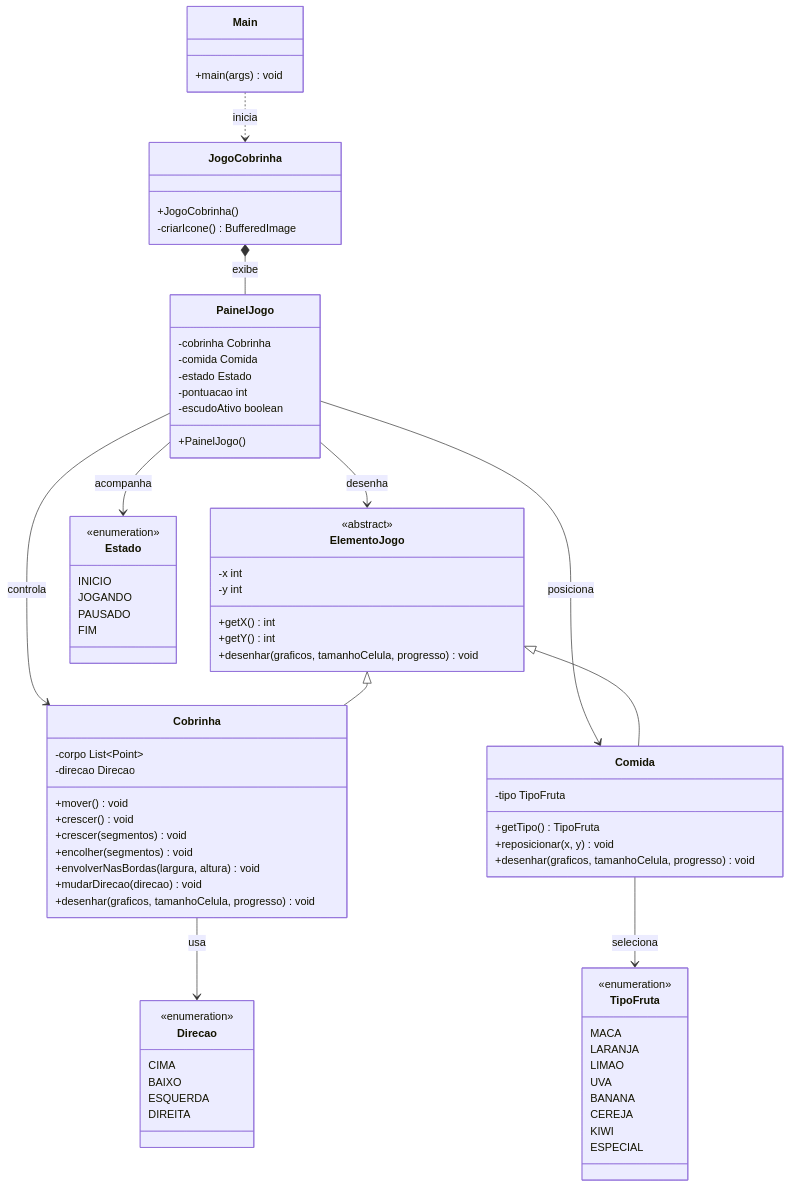
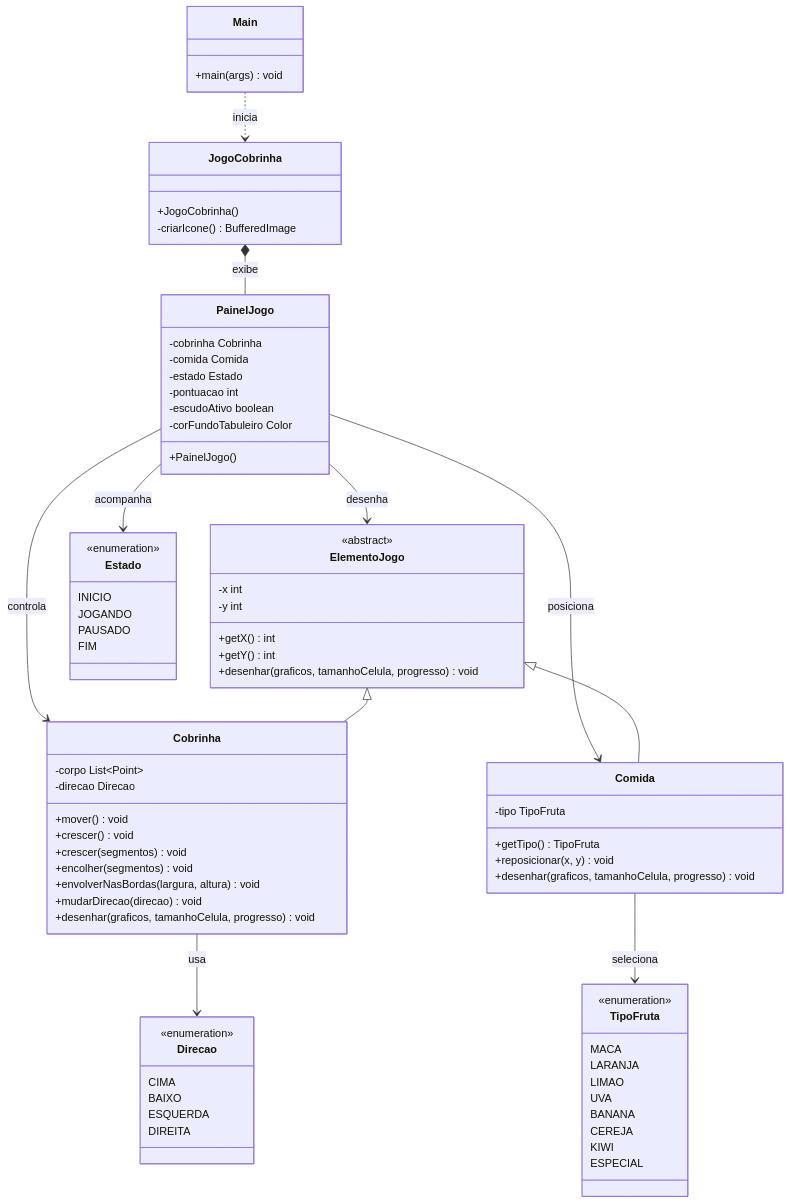
The diagram in README.md (ViniciuspSouza23/POO-JOGO-FINAL-BACKEND), drawn with Mermaid before and after one commit. The commit also changed other lines of this file and 2 other files, not shown here.

````diff
--- a/README.md
+++ b/README.md
@@ -75,79 +76,80 @@
 ```mermaid
 classDiagram
     class Main {
         +main(args) void
     }
     class JogoCobrinha {
         +JogoCobrinha()
         -criarIcone() BufferedImage
     }
     class PainelJogo {
         -cobrinha Cobrinha
         -comida Comida
         -estado Estado
         -pontuacao int
         -escudoAtivo boolean
+        -corFundoTabuleiro Color
         +PainelJogo()
     }
     class ElementoJogo {
         <<abstract>>
         -x int
         -y int
         +getX() int
         +getY() int
         +desenhar(graficos, tamanhoCelula, progresso) void
     }
     class Cobrinha {
         -corpo List~Point~
         -direcao Direcao
         +mover() void
         +crescer() void
         +crescer(segmentos) void
         +encolher(segmentos) void
         +envolverNasBordas(largura, altura) void
         +mudarDirecao(direcao) void
         +desenhar(graficos, tamanhoCelula, progresso) void
     }
     class Comida {
         -tipo TipoFruta
         +getTipo() TipoFruta
         +reposicionar(x, y) void
         +desenhar(graficos, tamanhoCelula, progresso) void
     }
     class TipoFruta {
         <<enumeration>>
         MACA
         LARANJA
         LIMAO
         UVA
         BANANA
         CEREJA
         KIWI
         ESPECIAL
     }
     class Direcao {
         <<enumeration>>
         CIMA
         BAIXO
         ESQUERDA
         DIREITA
     }
     class Estado {
         <<enumeration>>
         INICIO
         JOGANDO
         PAUSADO
         FIM
     }
 
     Main ..> JogoCobrinha : inicia
     JogoCobrinha *-- PainelJogo : exibe
     PainelJogo --> Cobrinha : controla
     PainelJogo --> Comida : posiciona
     PainelJogo --> ElementoJogo : desenha
     PainelJogo --> Estado : acompanha
     Comida --> TipoFruta : seleciona
     ElementoJogo <|-- Cobrinha
     ElementoJogo <|-- Comida
     Cobrinha --> Direcao : usa
 ```
````
